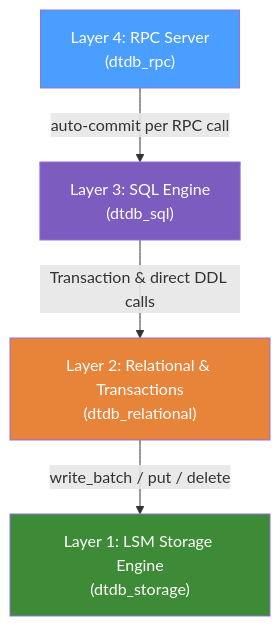
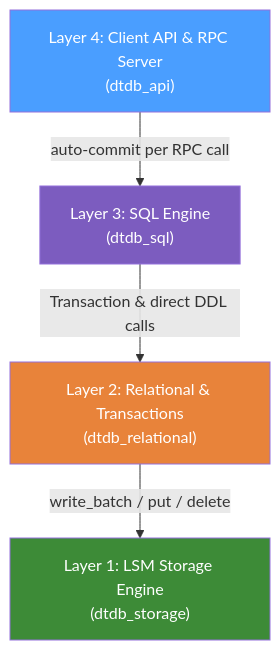
Before and after one commit to dogacan/dtdb: the first of 2 diagrams in acid_analysis.md, drawn with Mermaid. The commit also changed other lines of this file and 14 other files, not shown here.

Commit message:
Rename dtdb_rpc to dtdb_api and add support for in-process database client

````diff
--- a/acid_analysis.md
+++ b/acid_analysis.md
@@ -18,11 +18,11 @@
 ```mermaid
 graph TD
-    A["Layer 4: RPC Server<br/>(dtdb_rpc)"] -->|"auto-commit per RPC call"| B["Layer 3: SQL Engine<br/>(dtdb_sql)"]
+    A["Layer 4: Client API & RPC Server<br/>(dtdb_api)"] -->|"auto-commit per RPC call"| B["Layer 3: SQL Engine<br/>(dtdb_sql)"]
     B -->|"Transaction &amp; direct DDL calls"| C["Layer 2: Relational &amp; Transactions<br/>(dtdb_relational)"]
     C -->|"write_batch / put / delete"| D["Layer 1: LSM Storage Engine<br/>(dtdb_storage)"]
     
     style A fill:#4a9eff,color:#fff
     style B fill:#7c5cbf,color:#fff
     style C fill:#e8833a,color:#fff
     style D fill:#3d8b37,color:#fff
 ```
````
